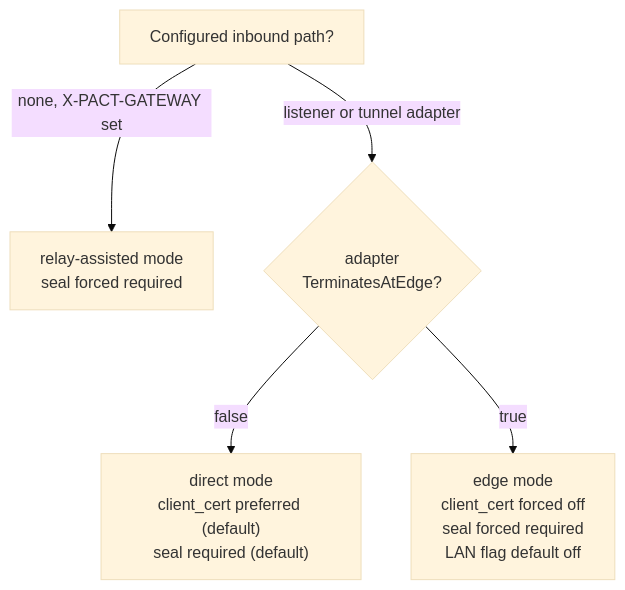
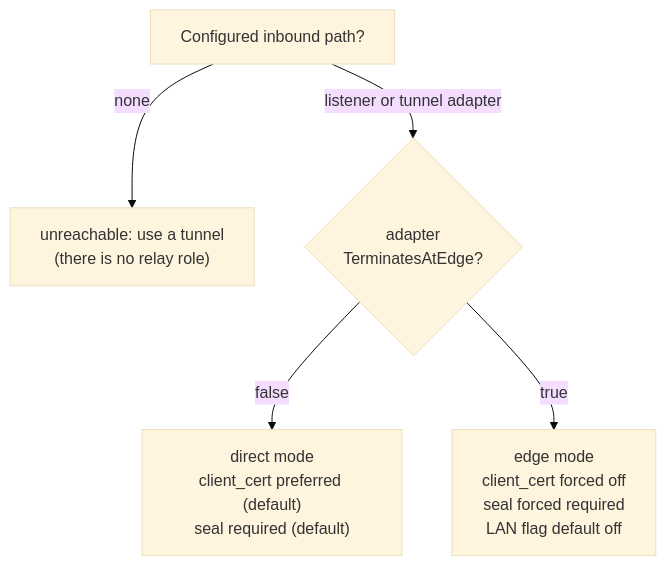
The seventh of 8 diagrams in SPEC.md (humandelegatedtrustprotocol/hdtp-gateway), drawn with Mermaid (base theme) before and after one commit. The commit also changed other lines of this file and 5 other files, not shown here.

````diff
--- a/SPEC.md
+++ b/SPEC.md
@@ -975,7 +888,7 @@
 ```mermaid
 flowchart TD
-    A["Configured inbound path?"] -->|"none, X-PACT-GATEWAY set"| R["relay-assisted mode<br/>seal forced required"]
+    A["Configured inbound path?"] -->|"none"| N["unreachable: use a tunnel<br/>(there is no relay role)"]
     A -->|"listener or tunnel adapter"| T{"adapter<br/>TerminatesAtEdge?"}
     T -->|"false"| D["direct mode<br/>client_cert preferred (default)<br/>seal required (default)"]
     T -->|"true"| E["edge mode<br/>client_cert forced off<br/>seal forced required<br/>LAN flag default off"]
 ```
````
